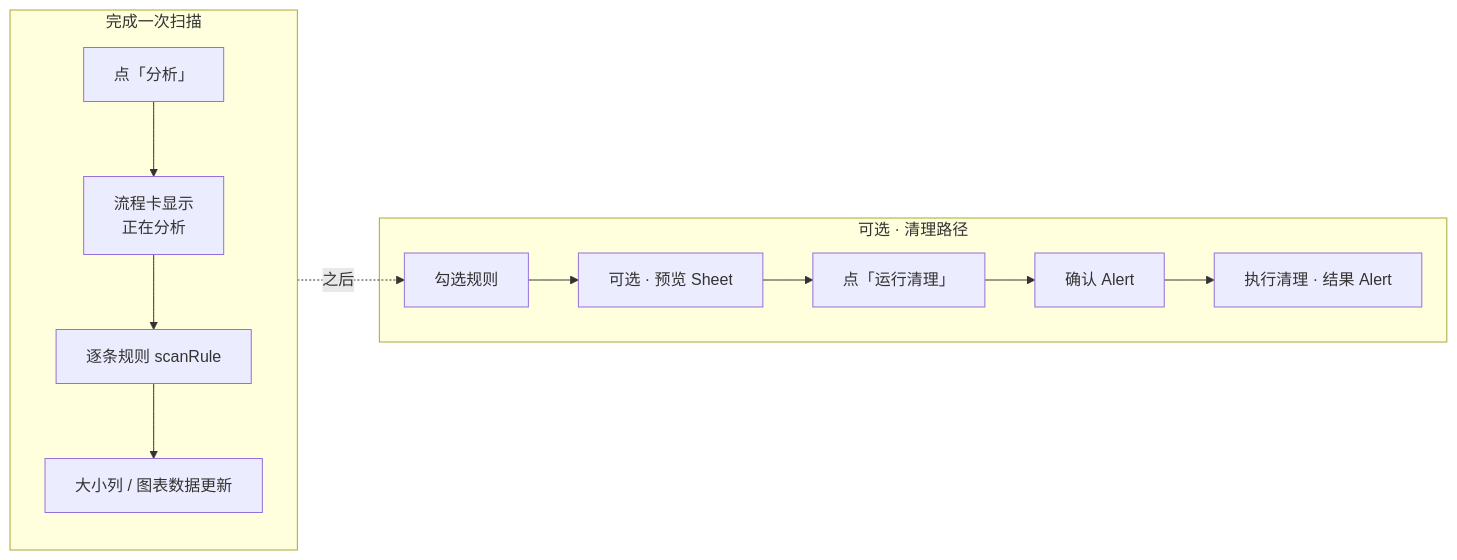
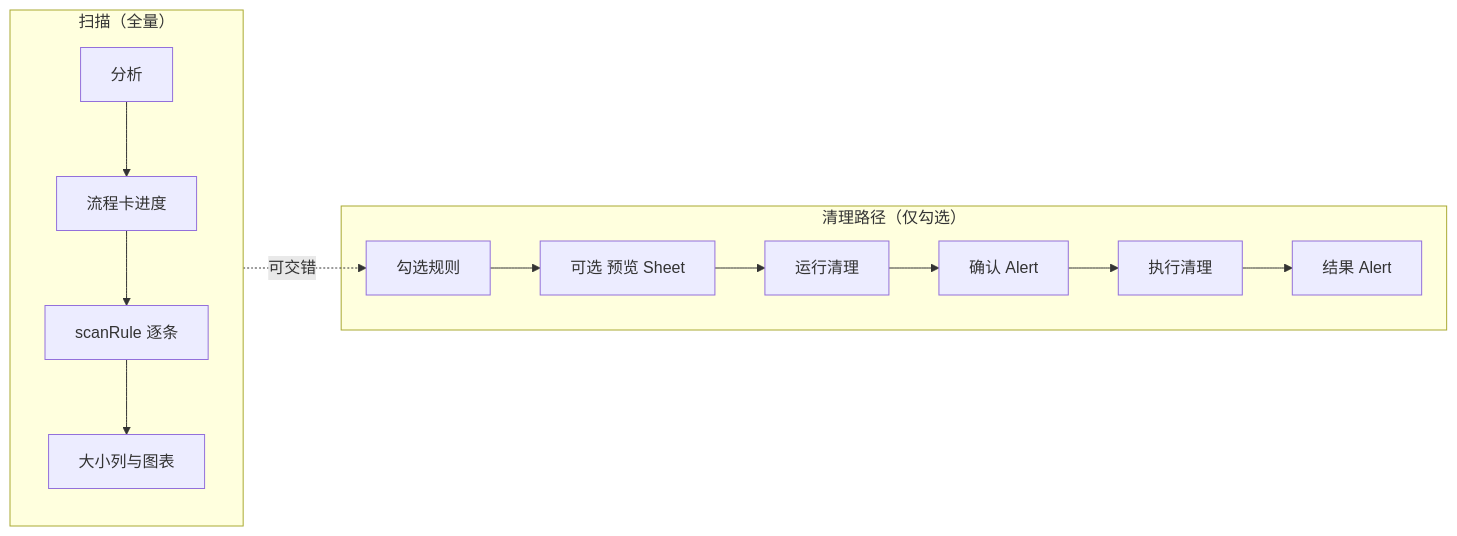
Before and after one commit to luban-ws/jiuying-cleaning: the second of 2 diagrams in docs/rfc/010-rules-workspace-ui-hig-and-collaboration.md, drawn with Mermaid. The commit also changed other lines of this file and 43 other files, not shown here.

````diff
--- a/docs/rfc/010-rules-workspace-ui-hig-and-collaboration.md
+++ b/docs/rfc/010-rules-workspace-ui-hig-and-collaboration.md
@@ -79,15 +229,16 @@
 ```mermaid
 flowchart LR
-  subgraph Scan["完成一次扫描"]
-    A1[点「分析」] --> A2[流程卡显示\n正在分析]
-    A2 --> A3[逐条规则 scanRule]
-    A3 --> A4[大小列 / 图表数据更新]
+  subgraph Scan["扫描（全量）"]
+    A1[分析] --> A2[流程卡进度]
+    A2 --> A3[scanRule 逐条]
+    A3 --> A4[大小列与图表]
   end
-  subgraph Clean["可选 · 清理路径"]
-    B1[勾选规则] --> B2[可选 · 预览 Sheet]
-    B2 --> B3[点「运行清理」]
+  subgraph Clean["清理路径（仅勾选）"]
+    B1[勾选规则] --> B2[可选 预览 Sheet]
+    B2 --> B3[运行清理]
     B3 --> B4[确认 Alert]
-    B4 --> B5[执行清理 · 结果 Alert]
+    B4 --> B5[执行清理]
+    B5 --> B6[结果 Alert]
   end
-  Scan -.->|之后| B1
+  Scan -.->|可交错| B1
 ```
````
